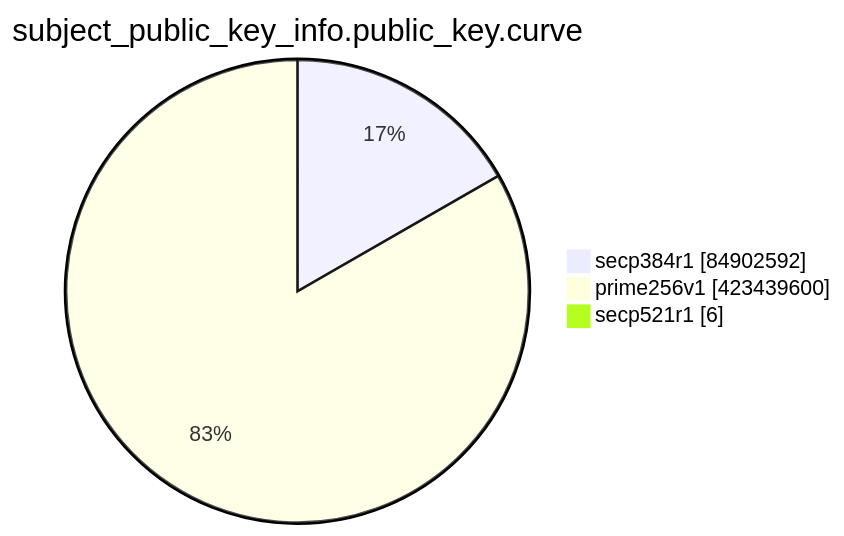
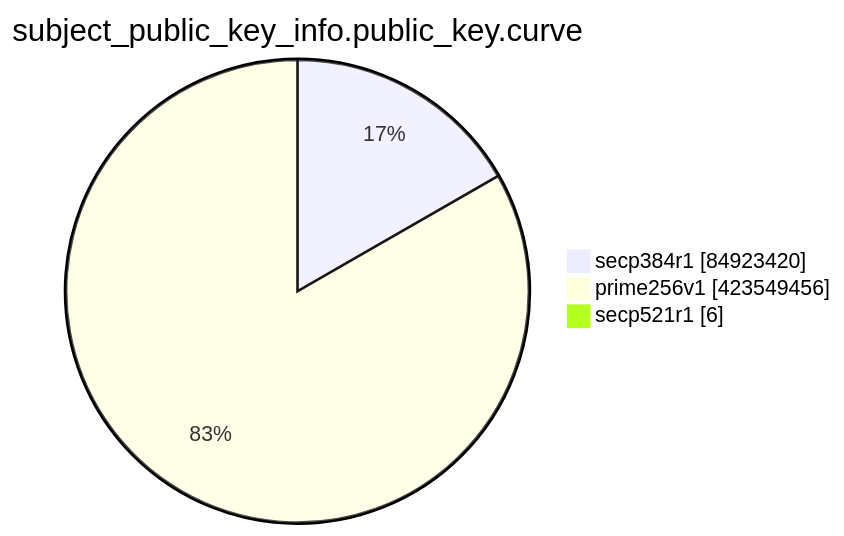
Before and after one commit to christiankrug/ctmonitor_visualization: the eighth of 15 diagrams in TOTAL/README.md, drawn with Mermaid. The commit also changed other lines of this file, not shown here.

````diff
--- a/TOTAL/README.md
+++ b/TOTAL/README.md
@@ -3099,7 +3099,7 @@
 ```mermaid
 pie showData
 title subject_public_key_info.public_key.curve
-"secp384r1" :84902592
-"prime256v1" :423439600
+"secp384r1" :84923420
+"prime256v1" :423549456
 "secp521r1" :6
 ```
````
